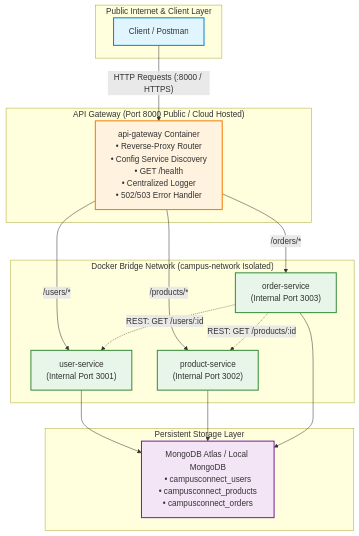
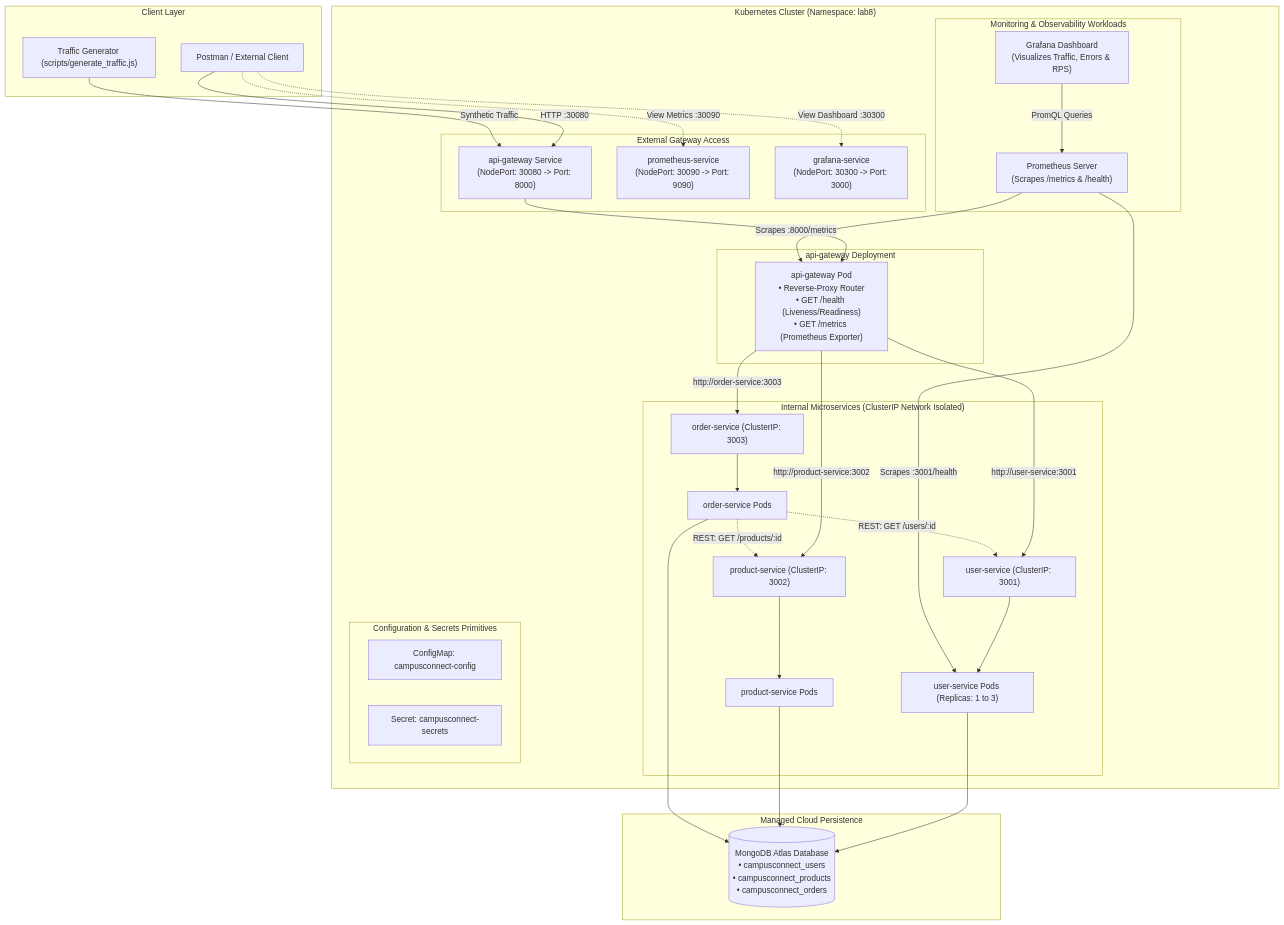
The diagram in README.md (Akshay111962/Lab7-API-Gateway), drawn with Mermaid before and after one commit. The commit also changed other lines of this file and 25 other files, not shown here.

Commit message:
feat(lab8): add Kubernetes manifests, CI/CD pipeline, Prometheus/Grafana monitoring, and documentation

````diff
--- a/README.md
+++ b/README.md
@@ -44,42 +50,69 @@
 ```mermaid
 flowchart TD
-    subgraph PUBLIC["Public Internet & Client Layer"]
-        Client["Client / Postman"]
+    subgraph CLIENT["Client Layer"]
+        Postman["Postman / External Client"]
+        TrafficGen["Traffic Generator (scripts/generate_traffic.js)"]
     end
 
-    subgraph GATEWAY["API Gateway (Port 8000 Public / Cloud Hosted)"]
-        APIGateway["api-gateway Container\n• Reverse-Proxy Router\n• Config Service Discovery\n• GET /health\n• Centralized Logger\n• 502/503 Error Handler"]
+    subgraph K8S_NODE["Kubernetes Cluster (Namespace: lab8)"]
+        subgraph INGRESS["External Gateway Access"]
+            GatewaySvc["api-gateway Service\n(NodePort: 30080 -> Port: 8000)"]
+            PrometheusSvc["prometheus-service\n(NodePort: 30090 -> Port: 9090)"]
+            GrafanaSvc["grafana-service\n(NodePort: 30300 -> Port: 3000)"]
+        end
+
+        subgraph GATEWAY_DEPLOYMENT["api-gateway Deployment"]
+            GatewayPod["api-gateway Pod\n• Reverse-Proxy Router\n• GET /health (Liveness/Readiness)\n• GET /metrics (Prometheus Exporter)"]
+        end
+
+        subgraph INTERNAL_SVCS["Internal Microservices (ClusterIP Network Isolated)"]
+            UserSvc["user-service (ClusterIP: 3001)"]
+            ProductSvc["product-service (ClusterIP: 3002)"]
+            OrderSvc["order-service (ClusterIP: 3003)"]
+
+            UserPods["user-service Pods (Replicas: 1 to 3)"]
+            ProductPods["product-service Pods"]
+            OrderPods["order-service Pods"]
+        end
+
+        subgraph MONITORING["Monitoring & Observability Workloads"]
+            PrometheusPod["Prometheus Server\n(Scrapes /metrics & /health)"]
+            GrafanaPod["Grafana Dashboard\n(Visualizes Traffic, Errors & RPS)"]
+        end
+
+        subgraph CONFIG["Configuration & Secrets Primitives"]
+            ConfigMap["ConfigMap: campusconnect-config"]
+            Secret["Secret: campusconnect-secrets"]
+        end
     end
 
-    subgraph DOCKER["Docker Bridge Network (campus-network Isolated)"]
-        UserService["user-service\n(Internal Port 3001)"]
-        ProductService["product-service\n(Internal Port 3002)"]
-        OrderService["order-service\n(Internal Port 3003)"]
+    subgraph EXTERNAL_DB["Managed Cloud Persistence"]
+        MongoAtlas[("MongoDB Atlas Database\n• campusconnect_users\n• campusconnect_products\n• campusconnect_orders")]
     end
 
-    subgraph STORAGE["Persistent Storage Layer"]
-        Atlas["MongoDB Atlas / Local MongoDB\n• campusconnect_users\n• campusconnect_products\n• campusconnect_orders"]
-    end
+    Postman -->|"HTTP :30080"| GatewaySvc
+    TrafficGen -->|"Synthetic Traffic"| GatewaySvc
+    GatewaySvc --> GatewayPod
 
-    Client -->|"HTTP Requests (:8000 / HTTPS)"| APIGateway
-    APIGateway -->|"/users/*"| UserService
-    APIGateway -->|"/products/*"| ProductService
-    APIGateway -->|"/orders/*"| OrderService
+    GatewayPod -->|"http://user-service:3001"| UserSvc
+    GatewayPod -->|"http://product-service:3002"| ProductSvc
+    GatewayPod -->|"http://order-service:3003"| OrderSvc
 
-    OrderService -.->|"REST: GET /users/:id"| UserService
-    OrderService -.->|"REST: GET /products/:id"| ProductService
+    UserSvc --> UserPods
+    ProductSvc --> ProductPods
+    OrderSvc --> OrderPods
 
-    UserService --> Atlas
-    ProductService --> Atlas
-    OrderService --> Atlas
+    OrderPods -.->|"REST: GET /users/:id"| UserSvc
+    OrderPods -.->|"REST: GET /products/:id"| ProductSvc
 
-    classDef public fill:#e1f5fe,stroke:#0288d1,stroke-width:2px;
-    classDef gateway fill:#fff3e0,stroke:#f57c00,stroke-width:2px;
-    classDef internal fill:#e8f5e9,stroke:#388e3c,stroke-width:2px;
-    classDef db fill:#f3e5f5,stroke:#7b1fa2,stroke-width:2px;
+    UserPods --> MongoAtlas
+    ProductPods --> MongoAtlas
+    OrderPods --> MongoAtlas
 
-    class Client public;
-    class APIGateway gateway;
-    class UserService,ProductService,OrderService internal;
-    class Atlas db;
+    PrometheusPod -->|"Scrapes :8000/metrics"| GatewayPod
+    PrometheusPod -->|"Scrapes :3001/health"| UserPods
+    GrafanaPod -->|"PromQL Queries"| PrometheusPod
+
+    Postman -.->|"View Metrics :30090"| PrometheusSvc
+    Postman -.->|"View Dashboard :30300"| GrafanaSvc
 ```
````
